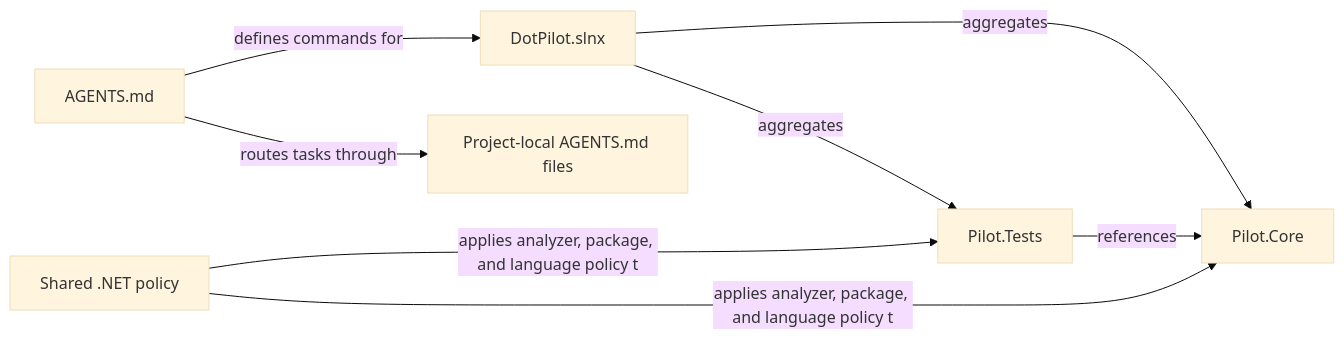
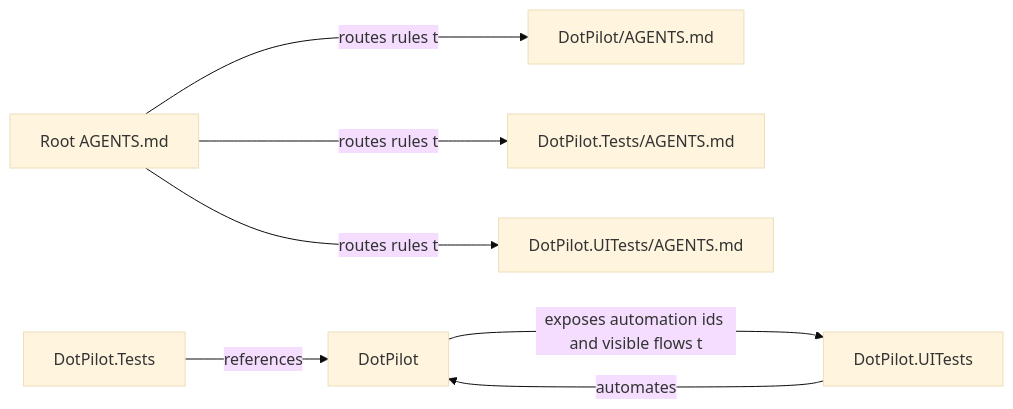
The second of 3 diagrams in docs/Architecture.md (managedcode/dotPilot), drawn with Mermaid (base theme) before and after one commit. The commit also changed other lines of this file and 104 other files, not shown here.

````diff
--- a/docs/Architecture.md
+++ b/docs/Architecture.md
@@ -52,17 +48,17 @@
 ```mermaid
 flowchart LR
-  Agents["AGENTS.md"]
-  Build["Shared .NET policy"]
-  Sln["DotPilot.slnx"]
-  Core["Pilot.Core"]
-  Tests["Pilot.Tests"]
-  LocalAgents["Project-local AGENTS.md files"]
+  RootAgents["Root AGENTS.md"]
+  AppAgents["DotPilot/AGENTS.md"]
+  TestAgents["DotPilot.Tests/AGENTS.md"]
+  UiAgents["DotPilot.UITests/AGENTS.md"]
+  App["DotPilot"]
+  AppTests["DotPilot.Tests"]
+  UiTests["DotPilot.UITests"]
 
-  Agents --routes tasks through--> LocalAgents
-  Agents --defines commands for--> Sln
-  Build --applies analyzer, package, and language policy to--> Core
-  Build --applies analyzer, package, and language policy to--> Tests
-  Tests --references--> Core
-  Sln --aggregates--> Core
-  Sln --aggregates--> Tests
+  RootAgents --routes rules to--> AppAgents
+  RootAgents --routes rules to--> TestAgents
+  RootAgents --routes rules to--> UiAgents
+  AppTests --references--> App
+  UiTests --automates--> App
+  App --exposes automation ids and visible flows to--> UiTests
 ```
````
